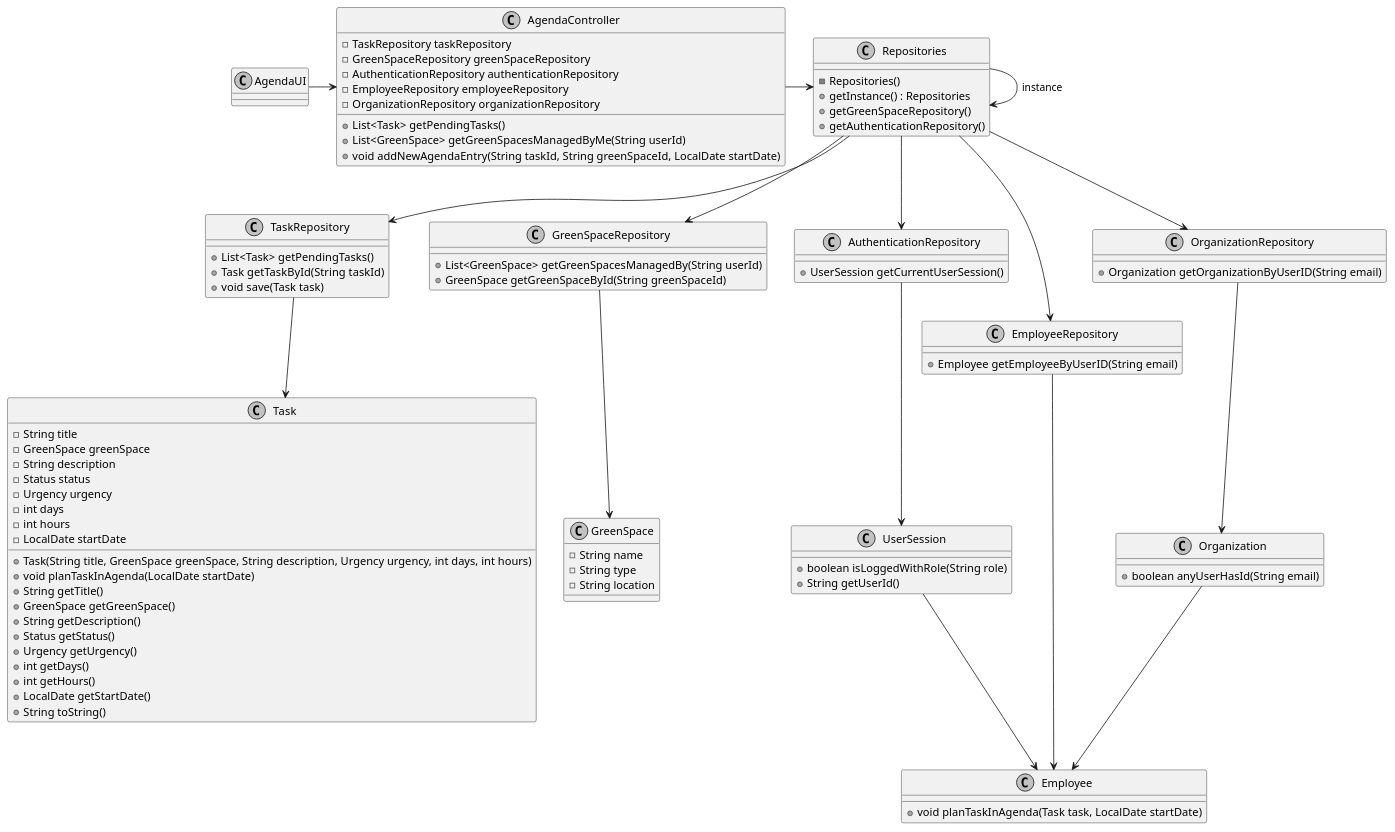
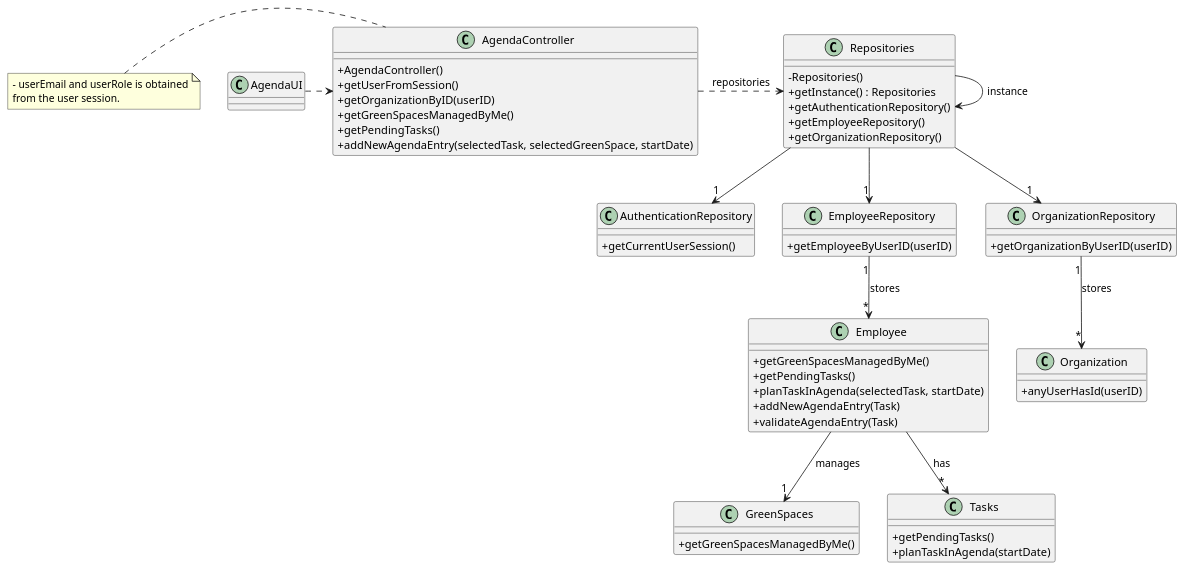
One commit to Mendoncaa/LAPR2 changed the diagram in docs/sprintC/us022/03.design/puml/us022-class-diagram.puml. Above: the diagram before and after it, drawn with PlantUML. The commit also changed 1 other file, not shown here.

```diff
--- a/docs/sprintC/us022/03.design/puml/us022-class-diagram.puml
+++ b/docs/sprintC/us022/03.design/puml/us022-class-diagram.puml
@@ -1,107 +1,79 @@
 @startuml
-skinparam monochrome true
+'skinparam monochrome true
 skinparam packageStyle rectangle
 skinparam shadowing false
+'skinparam linetype orto
 
-class GreenSpace {
-    - String name
-    - String type
-    - String location
-}
-class AgendaUI {
+skinparam classAttributeIconSize 0
 
-}
 
-class Task {
-    - String title
-    - GreenSpace greenSpace
-    - String description
-    - Status status
-    - Urgency urgency
-    - int days
-    - int hours
-    - LocalDate startDate
-    + Task(String title, GreenSpace greenSpace, String description, Urgency urgency, int days, int hours)
-    + void planTaskInAgenda(LocalDate startDate)
-    + String getTitle()
-    + GreenSpace getGreenSpace()
-    + String getDescription()
-    + Status getStatus()
-    + Urgency getUrgency()
-    + int getDays()
-    + int getHours()
-    + LocalDate getStartDate()
-    + String toString()
+class AuthenticationRepository {
+    + getCurrentUserSession()
 }
 
 class Employee {
-    + void planTaskInAgenda(Task task, LocalDate startDate)
-}
-
-class AgendaController {
-    - TaskRepository taskRepository
-    - GreenSpaceRepository greenSpaceRepository
-    - AuthenticationRepository authenticationRepository
-    - EmployeeRepository employeeRepository
-    - OrganizationRepository organizationRepository
-    + List<Task> getPendingTasks()
-    + List<GreenSpace> getGreenSpacesManagedByMe(String userId)
-    + void addNewAgendaEntry(String taskId, String greenSpaceId, LocalDate startDate)
-}
-
-class TaskRepository {
-    + List<Task> getPendingTasks()
-    + Task getTaskById(String taskId)
-    + void save(Task task)
-}
-
-class GreenSpaceRepository {
-    + List<GreenSpace> getGreenSpacesManagedBy(String userId)
-    + GreenSpace getGreenSpaceById(String greenSpaceId)
-}
-
-class AuthenticationRepository {
-    + UserSession getCurrentUserSession()
-}
-
-class UserSession {
-    + boolean isLoggedWithRole(String role)
-    + String getUserId()
+    + getGreenSpacesManagedByMe()
+    + getPendingTasks()
+    + planTaskInAgenda(selectedTask, startDate)
+    + addNewAgendaEntry(Task)
+    + validateAgendaEntry(Task)
 }
 
 class EmployeeRepository {
-    + Employee getEmployeeByUserID(String email)
+    + getEmployeeByUserID(userID)
+}
+
+class Organization {
+    + anyUserHasId(userID)
 }
 
 class OrganizationRepository {
-    + Organization getOrganizationByUserID(String email)
-}
-
-class Organization {
-    + boolean anyUserHasId(String email)
+    + getOrganizationByUserID(userID)
 }
 
 class Repositories {
     - Repositories()
     + getInstance() : Repositories
-    + getGreenSpaceRepository()
     + getAuthenticationRepository()
+    + getEmployeeRepository()
+    + getOrganizationRepository()
 }
 
+class AgendaController {
+    + AgendaController()
+    + getUserFromSession()
+    + getOrganizationByID(userID)
+    + getGreenSpacesManagedByMe()
+    + getPendingTasks()
+    + addNewAgendaEntry(selectedTask, selectedGreenSpace, startDate)
+}
+
+class AgendaUI {
+}
+
+class GreenSpaces {
+    + getGreenSpacesManagedByMe()
+}
+
+class Tasks {
+    + getPendingTasks()
+    + planTaskInAgenda(startDate)
+}
+
+note left of AgendaController
+    - userEmail and userRole is obtained
+    from the user session.
+end note
+
 Repositories -> Repositories : instance
-AgendaUI->AgendaController
-AgendaController -> Repositories
-Repositories --> TaskRepository
-Repositories --> GreenSpaceRepository
-Repositories --> AuthenticationRepository
-Repositories --> EmployeeRepository
-Repositories --> OrganizationRepository
-AuthenticationRepository --> UserSession
-TaskRepository --> Task
-GreenSpaceRepository --> GreenSpace
-UserSession --> Employee
-OrganizationRepository --> Organization
-EmployeeRepository --> Employee
-Organization --> Employee
+AgendaUI .> AgendaController
+AgendaController .> Repositories : repositories
+Repositories --> "1" AuthenticationRepository
+Repositories --> "1" EmployeeRepository
+Repositories --> "1" OrganizationRepository
+EmployeeRepository "1" --> "*" Employee : stores
+OrganizationRepository "1" --> "*" Organization : stores
+Employee --> "1" GreenSpaces : manages
+Employee --> "*" Tasks : has
 
 @enduml
```
